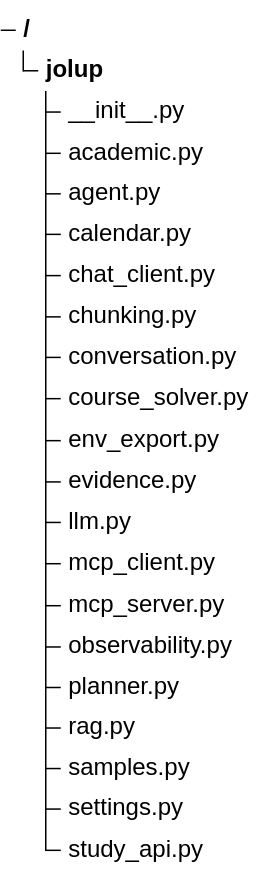
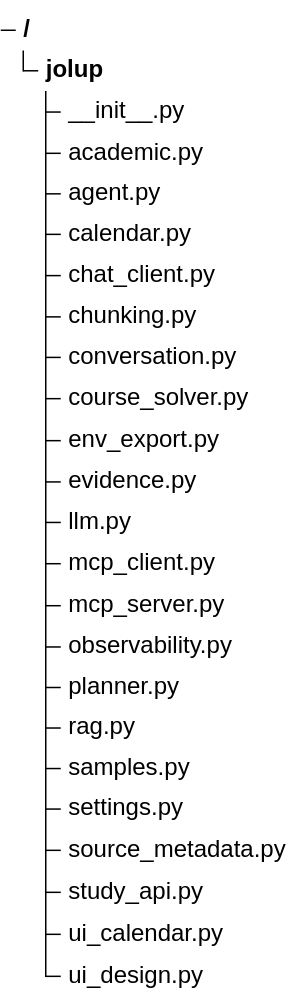
Before and after one commit to on21life-google/jolup-graduation-agent: the fourth of 9 diagrams in docs/프로젝트_구조도.md, drawn with Mermaid. The commit also changed other lines of this file and 50 other files, not shown here.

Commit message:
Integrate teammate UI, calendar, course interests and RAG metadata with final presentation

````diff
--- a/docs/프로젝트_구조도.md
+++ b/docs/프로젝트_구조도.md
@@ -172,23 +202,26 @@
 ```mermaid
 treeView-beta
     "jolup/"
         "__init__.py"
         "academic.py"
         "agent.py"
         "calendar.py"
         "chat_client.py"
         "chunking.py"
         "conversation.py"
         "course_solver.py"
         "env_export.py"
         "evidence.py"
         "llm.py"
         "mcp_client.py"
         "mcp_server.py"
         "observability.py"
         "planner.py"
         "rag.py"
         "samples.py"
         "settings.py"
+        "source_metadata.py"
         "study_api.py"
+        "ui_calendar.py"
+        "ui_design.py"
 ```
````
